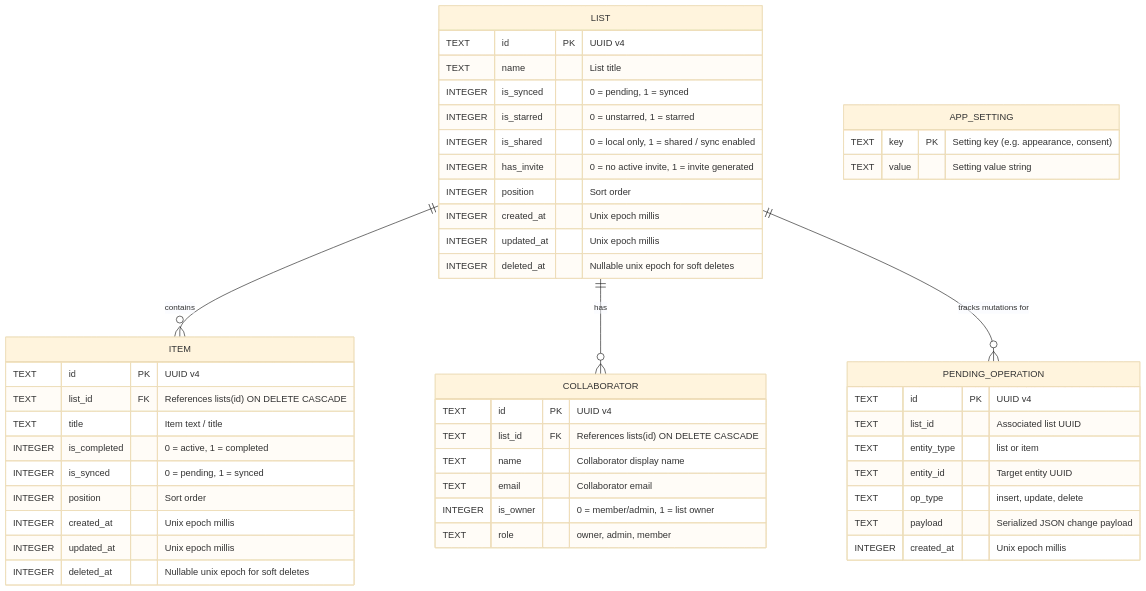
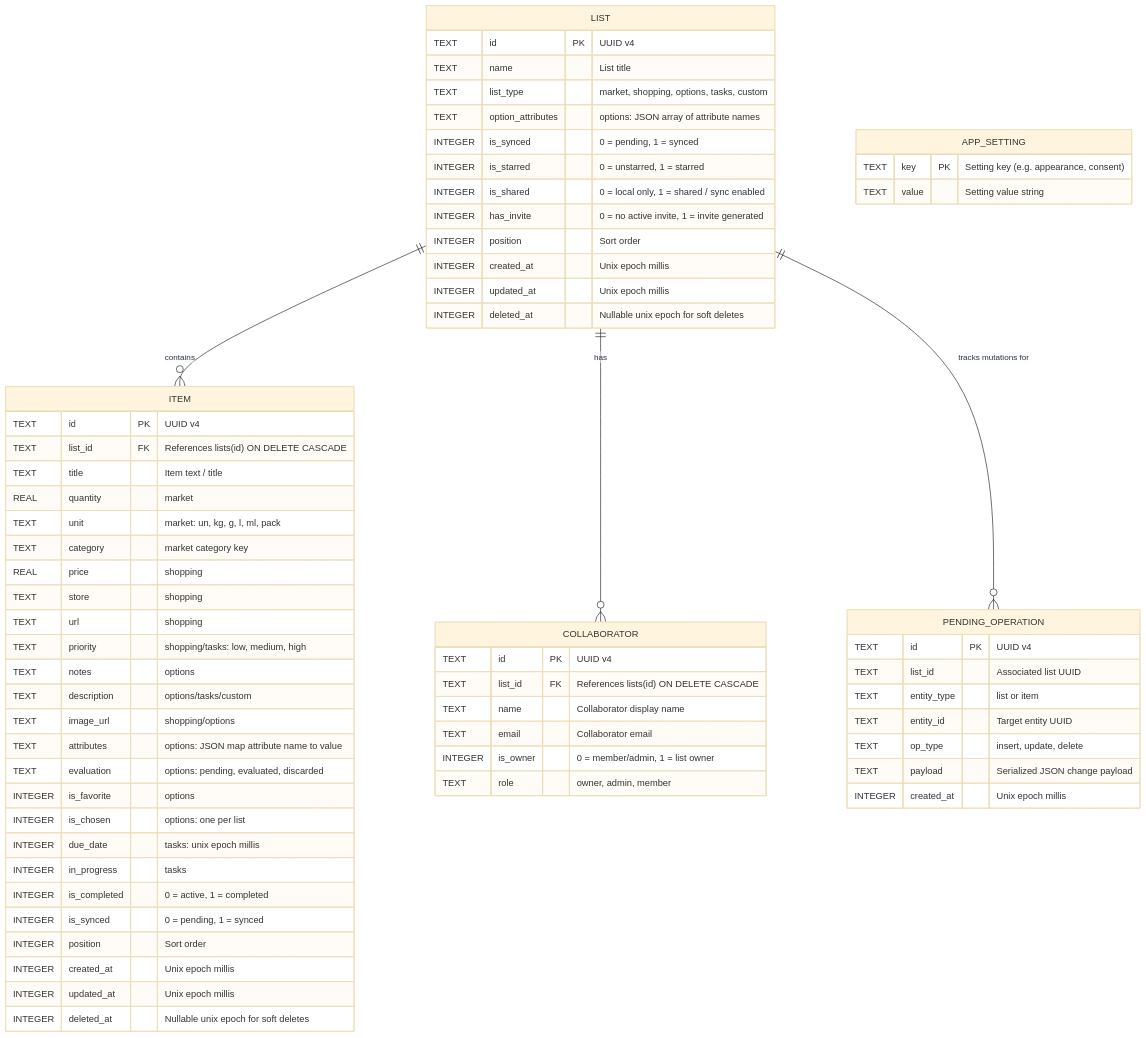
The diagram in docs/database.md (listix-app/listix-mobile-app), drawn with Mermaid (base theme) before and after one commit. The commit also changed other lines of this file and 58 other files, not shown here.

````diff
--- a/docs/database.md
+++ b/docs/database.md
@@ -18,55 +18,73 @@
 ```mermaid
 erDiagram
     LIST ||--o{ ITEM : "contains"
     LIST ||--o{ COLLABORATOR : "has"
     LIST ||--o{ PENDING_OPERATION : "tracks mutations for"
 
     LIST {
         TEXT id PK "UUID v4"
         TEXT name "List title"
+        TEXT list_type "market, shopping, options, tasks, custom"
+        TEXT option_attributes "options: JSON array of attribute names"
         INTEGER is_synced "0 = pending, 1 = synced"
         INTEGER is_starred "0 = unstarred, 1 = starred"
         INTEGER is_shared "0 = local only, 1 = shared / sync enabled"
         INTEGER has_invite "0 = no active invite, 1 = invite generated"
         INTEGER position "Sort order"
         INTEGER created_at "Unix epoch millis"
         INTEGER updated_at "Unix epoch millis"
         INTEGER deleted_at "Nullable unix epoch for soft deletes"
     }
 
     ITEM {
         TEXT id PK "UUID v4"
         TEXT list_id FK "References lists(id) ON DELETE CASCADE"
         TEXT title "Item text / title"
+        REAL quantity "market"
+        TEXT unit "market: un, kg, g, l, ml, pack"
+        TEXT category "market category key"
+        REAL price "shopping"
+        TEXT store "shopping"
+        TEXT url "shopping"
+        TEXT priority "shopping/tasks: low, medium, high"
+        TEXT notes "options"
+        TEXT description "options/tasks/custom"
+        TEXT image_url "shopping/options"
+        TEXT attributes "options: JSON map attribute name to value"
+        TEXT evaluation "options: pending, evaluated, discarded"
+        INTEGER is_favorite "options"
+        INTEGER is_chosen "options: one per list"
+        INTEGER due_date "tasks: unix epoch millis"
+        INTEGER in_progress "tasks"
         INTEGER is_completed "0 = active, 1 = completed"
         INTEGER is_synced "0 = pending, 1 = synced"
         INTEGER position "Sort order"
         INTEGER created_at "Unix epoch millis"
         INTEGER updated_at "Unix epoch millis"
         INTEGER deleted_at "Nullable unix epoch for soft deletes"
     }
 
     COLLABORATOR {
         TEXT id PK "UUID v4"
         TEXT list_id FK "References lists(id) ON DELETE CASCADE"
         TEXT name "Collaborator display name"
         TEXT email "Collaborator email"
         INTEGER is_owner "0 = member/admin, 1 = list owner"
         TEXT role "owner, admin, member"
     }
 
     PENDING_OPERATION {
         TEXT id PK "UUID v4"
         TEXT list_id "Associated list UUID"
         TEXT entity_type "list or item"
         TEXT entity_id "Target entity UUID"
         TEXT op_type "insert, update, delete"
         TEXT payload "Serialized JSON change payload"
         INTEGER created_at "Unix epoch millis"
     }
 
     APP_SETTING {
         TEXT key PK "Setting key (e.g. appearance, consent)"
         TEXT value "Setting value string"
     }
 ```
````
